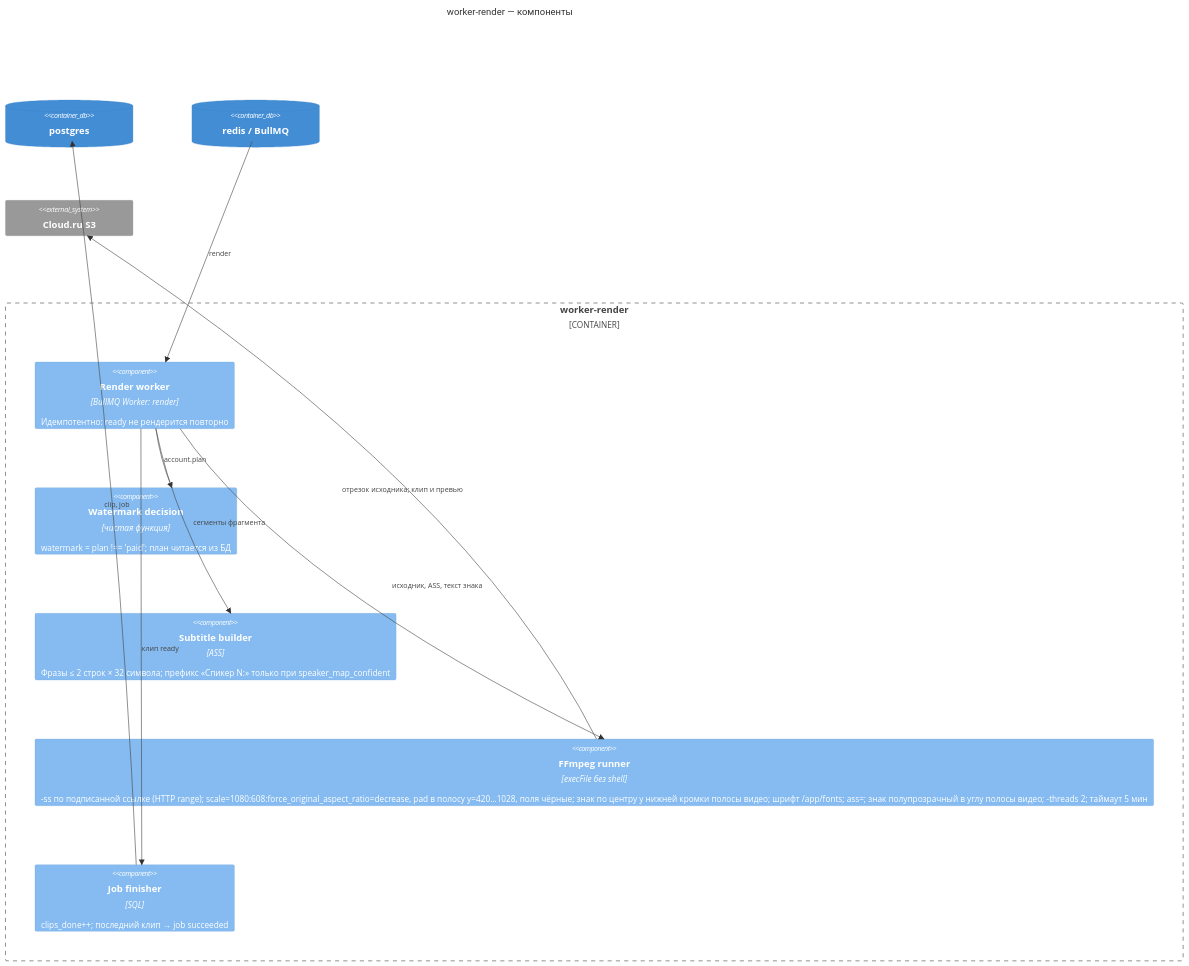
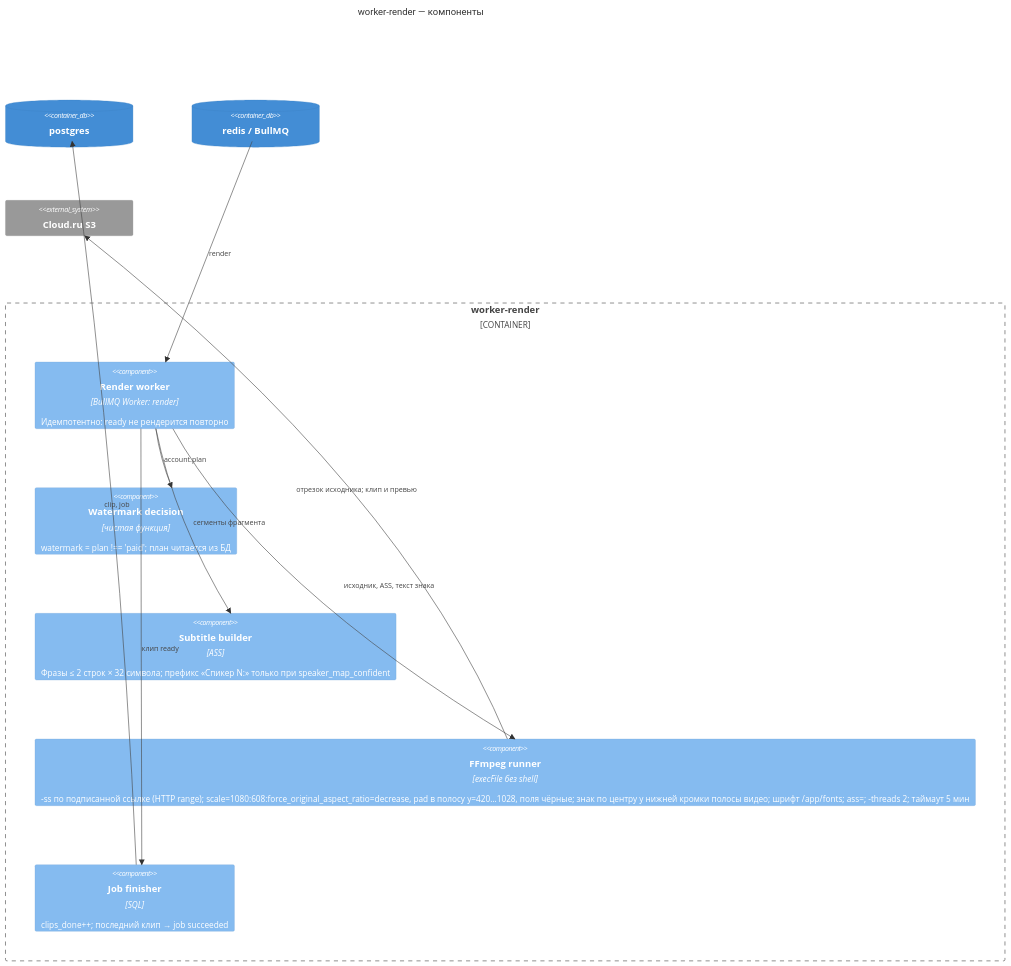
One commit to djd1m/2026-AUG-PU-Projects changed the fourth of 4 diagrams in projects/05a-podcast-clips-opus/docs/C4_Diagrams.md. Above: the diagram before and after it, drawn with Mermaid. The commit also changed 14 other files, not shown here.

````diff
--- a/projects/05a-podcast-clips-opus/docs/C4_Diagrams.md
+++ b/projects/05a-podcast-clips-opus/docs/C4_Diagrams.md
@@ -120,21 +120,21 @@
 ```mermaid
 C4Component
   title worker-render — компоненты
   ContainerDb(postgres, "postgres")
   ContainerDb(redis, "redis / BullMQ")
   System_Ext(s3, "Cloud.ru S3")
   Container_Boundary(rw, "worker-render") {
     Component(renderw, "Render worker", "BullMQ Worker: render", "Идемпотентно: ready не рендерится повторно")
     Component(plan, "Watermark decision", "чистая функция", "watermark = plan !== 'paid'; план читается из БД")
     Component(ass, "Subtitle builder", "ASS", "Фразы ≤ 2 строк × 32 символа; префикс «Спикер N:» только при speaker_map_confident")
-    Component(ffmpeg, "FFmpeg runner", "execFile без shell", "-ss по подписанной ссылке (HTTP range); scale=1080:608:force_original_aspect_ratio=decrease, pad в полосу y=420…1028, поля чёрные; знак по центру у нижней кромки полосы видео; шрифт /app/fonts; ass=; знак полупрозрачный в углу полосы видео; -threads 2; таймаут 5 мин")
+    Component(ffmpeg, "FFmpeg runner", "execFile без shell", "-ss по подписанной ссылке (HTTP range); scale=1080:608:force_original_aspect_ratio=decrease, pad в полосу y=420…1028, поля чёрные; знак по центру у нижней кромки полосы видео; шрифт /app/fonts; ass=; -threads 2; таймаут 5 мин")
     Component(finisher, "Job finisher", "SQL", "clips_done++; последний клип → job succeeded")
   }
   Rel(redis, renderw, "render")
   Rel(renderw, plan, "account.plan")
   Rel(renderw, ass, "сегменты фрагмента")
   Rel(renderw, ffmpeg, "исходник, ASS, текст знака")
   Rel(ffmpeg, s3, "отрезок исходника; клип и превью")
   Rel(renderw, finisher, "клип ready")
   Rel(finisher, postgres, "clip, job")
 ```
````
